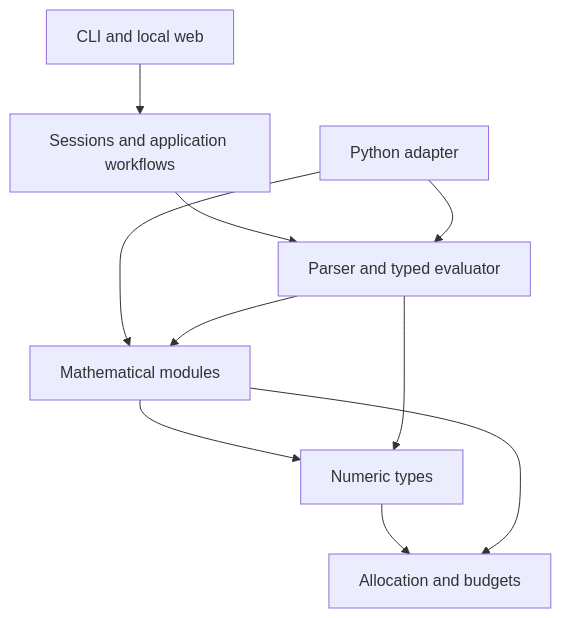
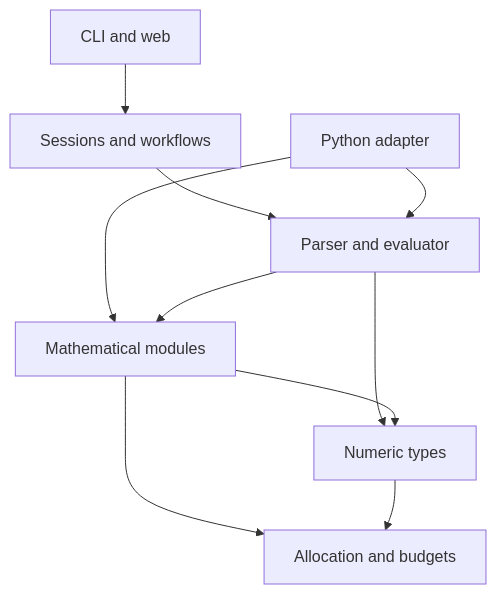
Before and after one commit to Interacti0n/NumForge: the diagram in docs/design/ARCHITECTURE.md, drawn with Mermaid. The commit also changed other lines of this file and 31 other files, not shown here.

````diff
--- a/docs/design/ARCHITECTURE.md
+++ b/docs/design/ARCHITECTURE.md
@@ -38,12 +26,12 @@
 ```mermaid
 flowchart TD
-    Apps[CLI and local web] --> Application[Sessions and application workflows]
-    Application --> Engine[Parser and typed evaluator]
+    Apps[CLI and web] --> Application[Sessions and workflows]
+    Application --> Engine[Parser and evaluator]
     Python[Python adapter] --> Engine
     Python --> Modules[Mathematical modules]
     Engine --> Modules
-    Modules --> Core[Numeric types]
-    Engine --> Core
-    Core --> Runtime[Allocation and budgets]
-    Modules --> Runtime
+    Engine --> Core[Numeric types]
+    Modules --> Core
+    Modules --> Runtime[Allocation and budgets]
+    Core --> Runtime
 ```
````
